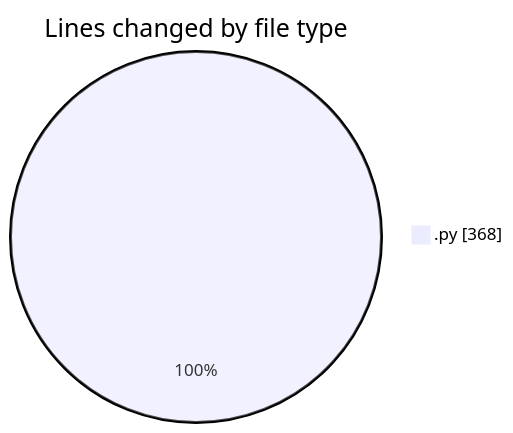
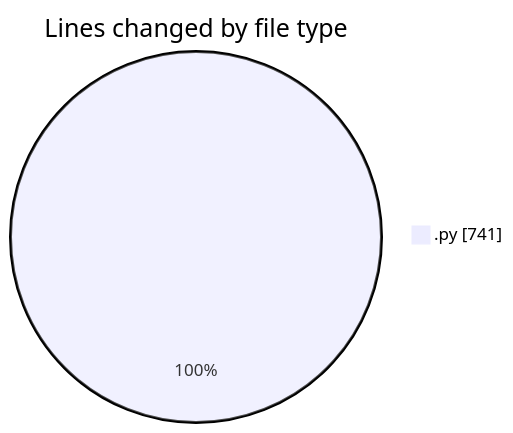
The first of 2 diagrams in 2025-10-10/eventscop-api-guide__workspace_/README.md (julien-gomy/code-tracking), drawn with Mermaid before and after one commit. The commit also changed other lines of this file and 1 other file, not shown here.

````diff
--- a/2025-10-10/eventscop-api-guide__workspace_/README.md
+++ b/2025-10-10/eventscop-api-guide__workspace_/README.md
@@ -22,5 +23,5 @@
 ```mermaid
 pie showData
 title Lines changed by file type
-".py" : 368
+".py" : 741
 ```
````
